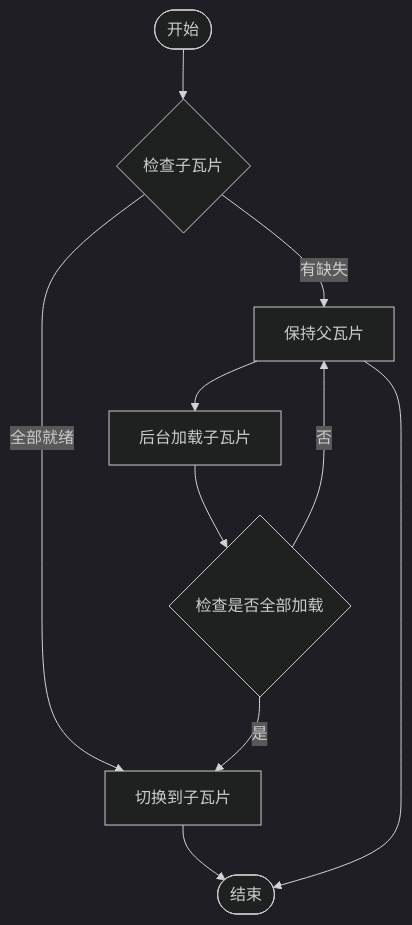
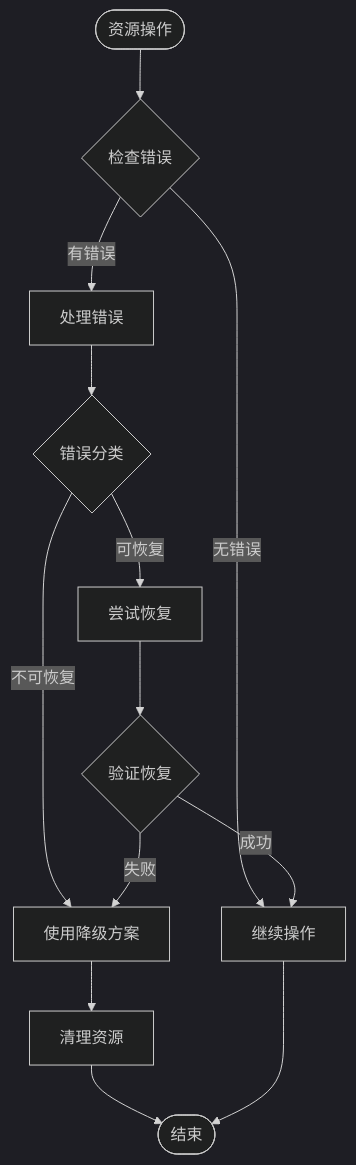
Before and after one commit to rzhangjing/cesium: the ninth of 22 diagrams in .qoder/repowiki/zh/content/核心概念/渲染管线与场景图/动态地球渲染系统.md, drawn with Mermaid (dark theme). The commit also changed other lines of this file and 3 other files, not shown here.

````diff
--- a/.qoder/repowiki/zh/content/核心概念/渲染管线与场景图/动态地球渲染系统.md
+++ b/.qoder/repowiki/zh/content/核心概念/渲染管线与场景图/动态地球渲染系统.md
@@ -400,12 +450,15 @@
 ```mermaid
 flowchart TD
-Start(["开始"]) --> CheckChildren{"检查子瓦片"}
-CheckChildren --> |全部就绪| SwitchToChildren["切换到子瓦片"]
-CheckChildren --> |有缺失| KeepParent["保持父瓦片"]
-KeepParent --> LoadChildren["后台加载子瓦片"]
-LoadChildren --> CheckAllLoaded{"检查是否全部加载"}
-CheckAllLoaded --> |是| SwitchToChildren
-CheckAllLoaded --> |否| KeepParent
-SwitchToChildren --> End(["结束"])
-KeepParent --> End
+Start(["资源操作"]) --> CheckError{"检查错误"}
+CheckError --> |有错误| HandleError["处理错误"]
+CheckError --> |无错误| Proceed["继续操作"]
+HandleError --> Classify{"错误分类"}
+Classify --> |可恢复| Recover["尝试恢复"]
+Classify --> |不可恢复| Fallback["使用降级方案"]
+Recover --> Verify{"验证恢复"}
+Verify --> |成功| Proceed
+Verify --> |失败| Fallback
+Fallback --> Cleanup["清理资源"]
+Cleanup --> End(["结束"])
+Proceed --> End
 ```
````
